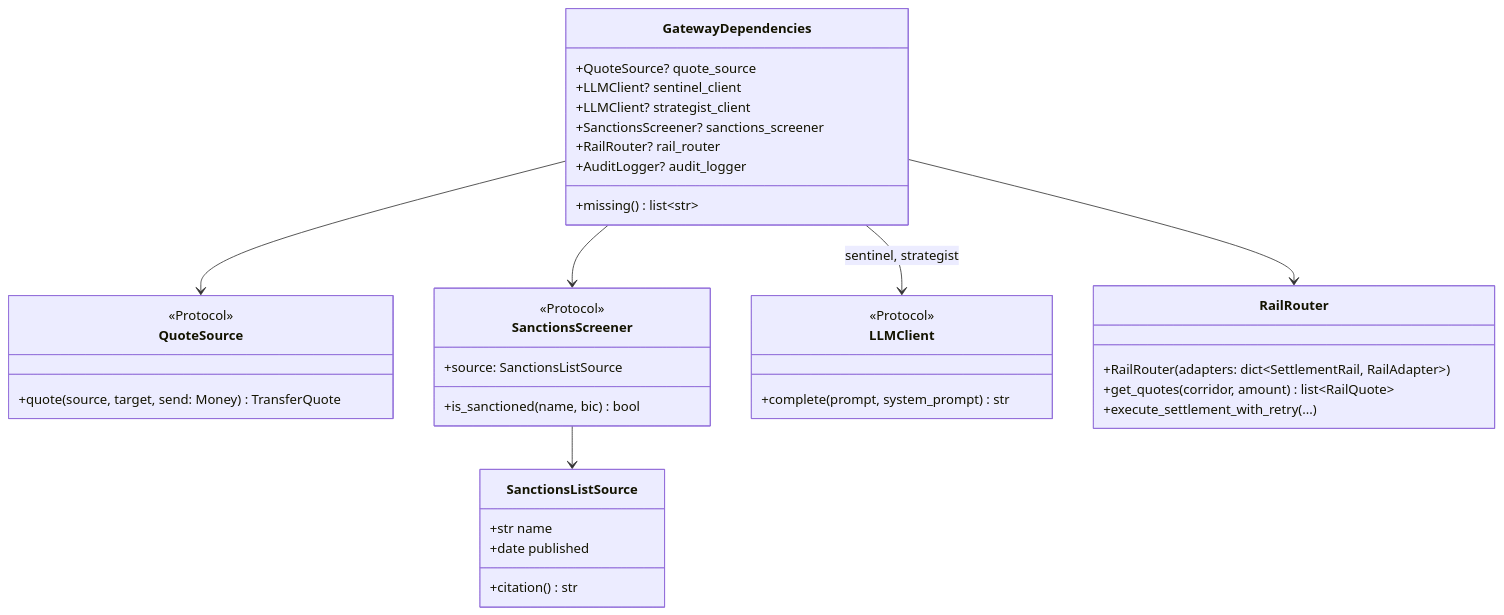
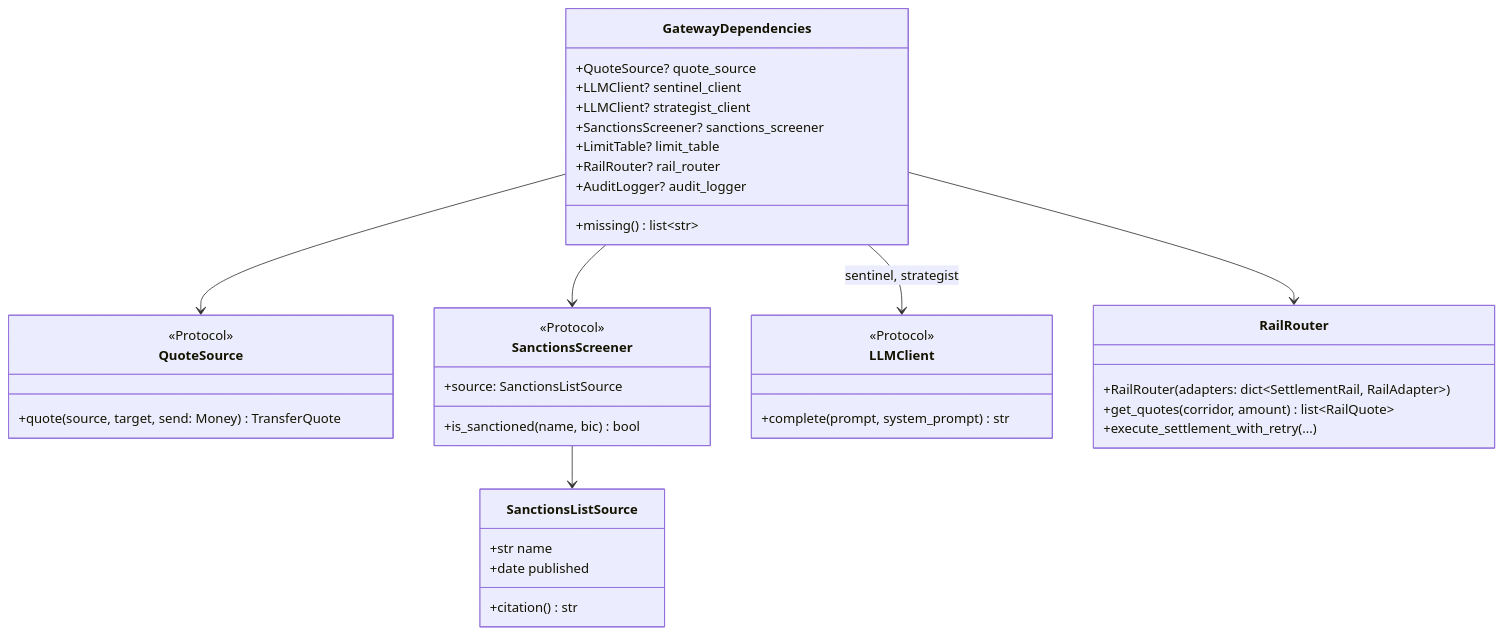
Before and after one commit to Katlego-tech/UbuntuRemit: the first of 2 diagrams in docs/design/gateway.md, drawn with Mermaid. The commit also changed other lines of this file and 11 other files, not shown here.

````diff
--- a/docs/design/gateway.md
+++ b/docs/design/gateway.md
@@ -28,40 +28,41 @@
 ```mermaid
 classDiagram
     class GatewayDependencies {
         +QuoteSource? quote_source
         +LLMClient? sentinel_client
         +LLMClient? strategist_client
         +SanctionsScreener? sanctions_screener
+        +LimitTable? limit_table
         +RailRouter? rail_router
         +AuditLogger? audit_logger
         +missing() list~str~
     }
     class QuoteSource {
         <<Protocol>>
         +quote(source, target, send: Money) TransferQuote
     }
     class SanctionsScreener {
         <<Protocol>>
         +source: SanctionsListSource
         +is_sanctioned(name, bic) bool
     }
     class SanctionsListSource {
         +str name
         +date published
         +citation() str
     }
     class LLMClient {
         <<Protocol>>
         +complete(prompt, system_prompt) str
     }
     GatewayDependencies --> QuoteSource
     GatewayDependencies --> SanctionsScreener
     GatewayDependencies --> LLMClient : sentinel, strategist
     GatewayDependencies --> RailRouter
     class RailRouter {
         +RailRouter(adapters: dict~SettlementRail, RailAdapter~)
         +get_quotes(corridor, amount) list~RailQuote~
         +execute_settlement_with_retry(...)
     }
     SanctionsScreener --> SanctionsListSource
 ```
````
